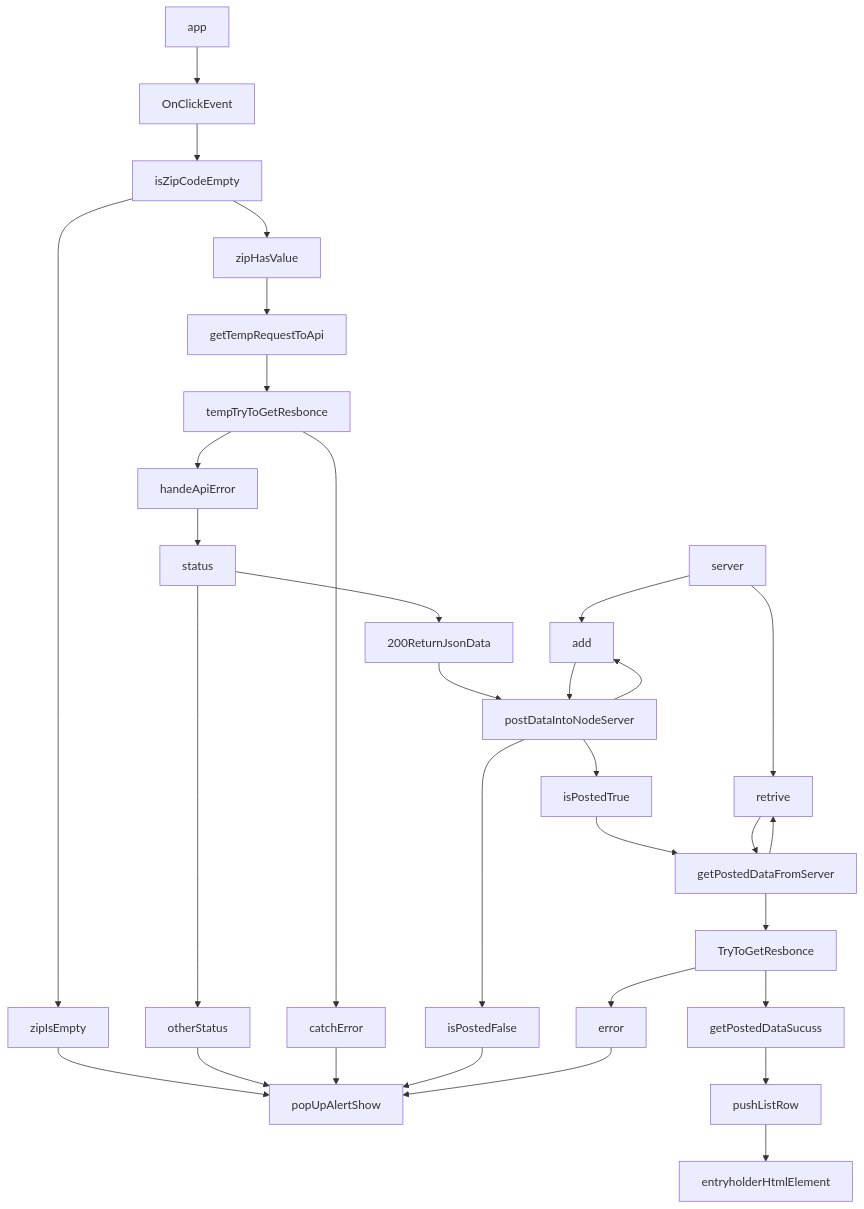
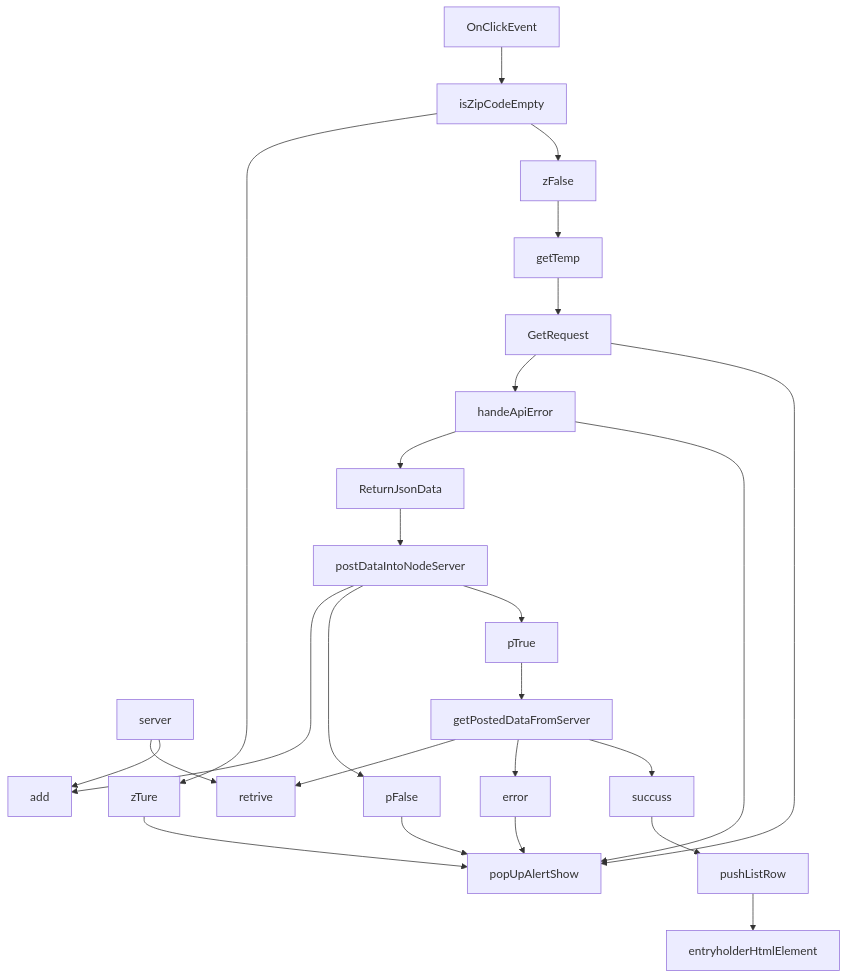
The second of 2 diagrams in weather-journal-app/README.md (Ftohtarek/Udacity-Project), drawn with Mermaid before and after one commit.

Commit message:
add readme discriptiton

````diff
--- a/weather-journal-app/README.md
+++ b/weather-journal-app/README.md
@@ -21,17 +21,17 @@
 ```mermaid
 graph TD;
 server-->retrive;
 server-->add;
-app-->OnClickEvent;
-OnClickEvent-->isZipCodeEmpty-->zipIsEmpty-->popUpAlertShow;
-isZipCodeEmpty-->zipHasValue-->getTempRequestToApi;
-getTempRequestToApi-->tempTryToGetResbonce-->handeApiError-->status-->200ReturnJsonData;
-status-->otherStatus-->popUpAlertShow;
-tempTryToGetResbonce-->catchError-->popUpAlertShow;
-200ReturnJsonData-->postDataIntoNodeServer-->add-->postDataIntoNodeServer-->isPostedFalse-->popUpAlertShow;
-postDataIntoNodeServer-->isPostedTrue-->getPostedDataFromServer-->retrive-->getPostedDataFromServer-->
-TryToGetResbonce-->error-->popUpAlertShow;
-TryToGetResbonce-->getPostedDataSucuss-->pushListRow-->entryholderHtmlElement;
+OnClickEvent-->isZipCodeEmpty-->zTure-->popUpAlertShow;
+isZipCodeEmpty-->zFalse-->getTemp;
+getTemp-->GetRequest-->handeApiError-->ReturnJsonData;
+handeApiError-->popUpAlertShow;
+GetRequest-->popUpAlertShow;
+ReturnJsonData-->postDataIntoNodeServer-->add;
+postDataIntoNodeServer-->pFalse-->popUpAlertShow;
+postDataIntoNodeServer-->pTrue-->getPostedDataFromServer-->retrive;
+getPostedDataFromServer-->error-->popUpAlertShow;
+getPostedDataFromServer-->succuss-->pushListRow-->entryholderHtmlElement;
 
 
 ```
````
